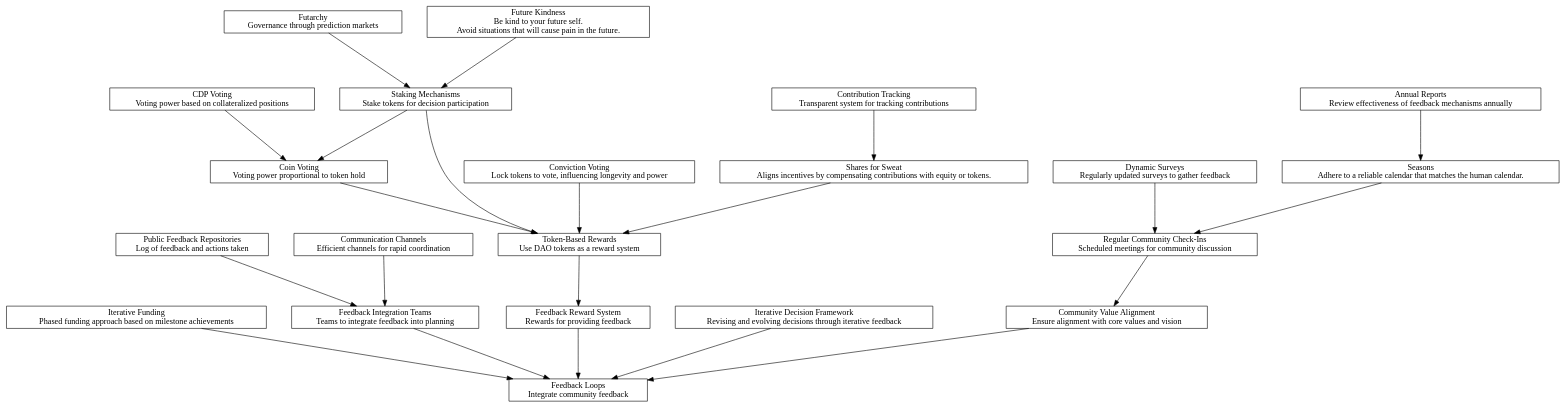
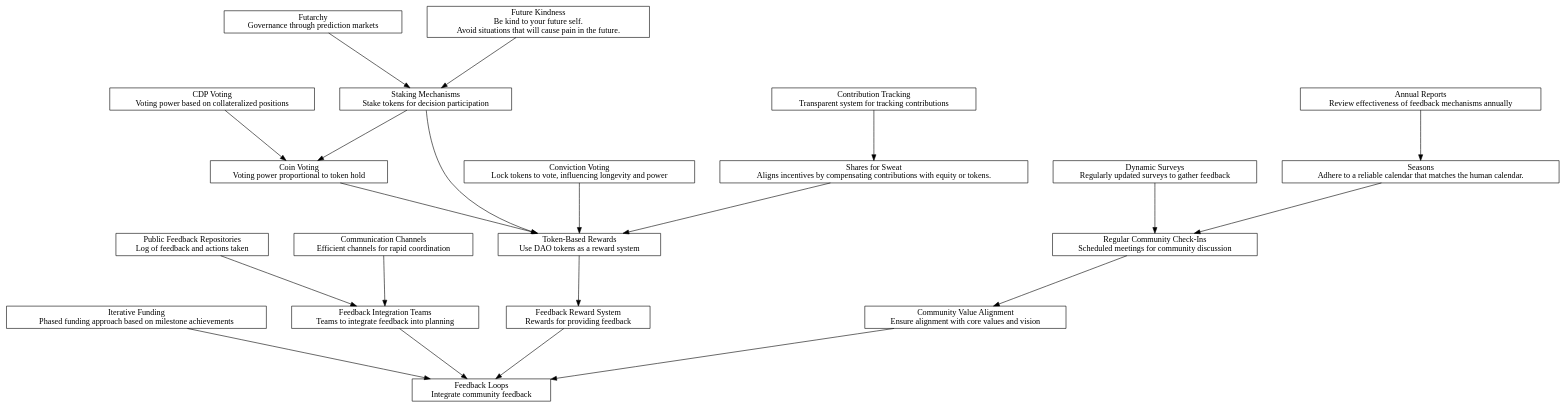
One commit to icdevsorg/icdevs_dao_lang changed the diagram in content/patterns/output/feedback_loops_all_predecessors_graph.dot. Above: the diagram before and after it, drawn with Graphviz. The commit also changed 17 other files, not shown here.

```diff
--- a/content/patterns/output/feedback_loops_all_predecessors_graph.dot
+++ b/content/patterns/output/feedback_loops_all_predecessors_graph.dot
@@ -1,51 +1,49 @@
 digraph "" {
 	graph [nodesep=0.6,
 		rankdir=TB,
 		ranksep=1.2
 	];
 	node [label="\N",
 		shape=box
 	];
 	"Feedback Loops"	[label="Feedback Loops\nIntegrate community feedback"];
 	"Iterative Funding"	[label="Iterative Funding\nPhased funding approach based on milestone achievements"];
 	"Iterative Funding" -> "Feedback Loops";
 	"Feedback Integration Teams"	[label="Feedback Integration Teams\nTeams to integrate feedback into planning"];
 	"Feedback Integration Teams" -> "Feedback Loops";
 	"Feedback Reward System"	[label="Feedback Reward System\nRewards for providing feedback"];
 	"Feedback Reward System" -> "Feedback Loops";
-	"Iterative Decision Framework"	[label="Iterative Decision Framework\nRevising and evolving decisions through iterative feedback"];
-	"Iterative Decision Framework" -> "Feedback Loops";
 	"Community Value Alignment"	[label="Community Value Alignment\nEnsure alignment with core values and vision"];
 	"Community Value Alignment" -> "Feedback Loops";
 	"Regular Community Check-Ins"	[label="Regular Community Check-Ins\nScheduled meetings for community discussion"];
 	"Regular Community Check-Ins" -> "Community Value Alignment";
 	"Dynamic Surveys"	[label="Dynamic Surveys\nRegularly updated surveys to gather feedback"];
 	"Dynamic Surveys" -> "Regular Community Check-Ins";
 	Seasons	[label="Seasons\nAdhere to a reliable calendar that matches the human calendar.\n"];
 	Seasons -> "Regular Community Check-Ins";
 	"Annual Reports"	[label="Annual Reports\nReview effectiveness of feedback mechanisms annually"];
 	"Annual Reports" -> Seasons;
 	"Token-Based Rewards"	[label="Token-Based Rewards\nUse DAO tokens as a reward system"];
 	"Token-Based Rewards" -> "Feedback Reward System";
 	"Staking Mechanisms"	[label="Staking Mechanisms\nStake tokens for decision participation"];
 	"Staking Mechanisms" -> "Token-Based Rewards";
 	"Coin Voting"	[label="Coin Voting\nVoting power proportional to token hold"];
 	"Staking Mechanisms" -> "Coin Voting";
 	"Coin Voting" -> "Token-Based Rewards";
 	"Conviction Voting"	[label="Conviction Voting\nLock tokens to vote, influencing longevity and power"];
 	"Conviction Voting" -> "Token-Based Rewards";
 	"Shares for Sweat"	[label="Shares for Sweat\nAligns incentives by compensating contributions with equity or tokens.\n"];
 	"Shares for Sweat" -> "Token-Based Rewards";
 	"Contribution Tracking"	[label="Contribution Tracking\nTransparent system for tracking contributions"];
 	"Contribution Tracking" -> "Shares for Sweat";
 	"CDP Voting"	[label="CDP Voting\nVoting power based on collateralized positions"];
 	"CDP Voting" -> "Coin Voting";
 	Futarchy	[label="Futarchy\nGovernance through prediction markets"];
 	Futarchy -> "Staking Mechanisms";
 	"Future Kindness"	[label="Future Kindness\nBe kind to your future self.\n Avoid situations that will cause pain in the future."];
 	"Future Kindness" -> "Staking Mechanisms";
 	"Public Feedback Repositories"	[label="Public Feedback Repositories\nLog of feedback and actions taken"];
 	"Public Feedback Repositories" -> "Feedback Integration Teams";
 	"Communication Channels"	[label="Communication Channels\nEfficient channels for rapid coordination"];
 	"Communication Channels" -> "Feedback Integration Teams";
 }
```
